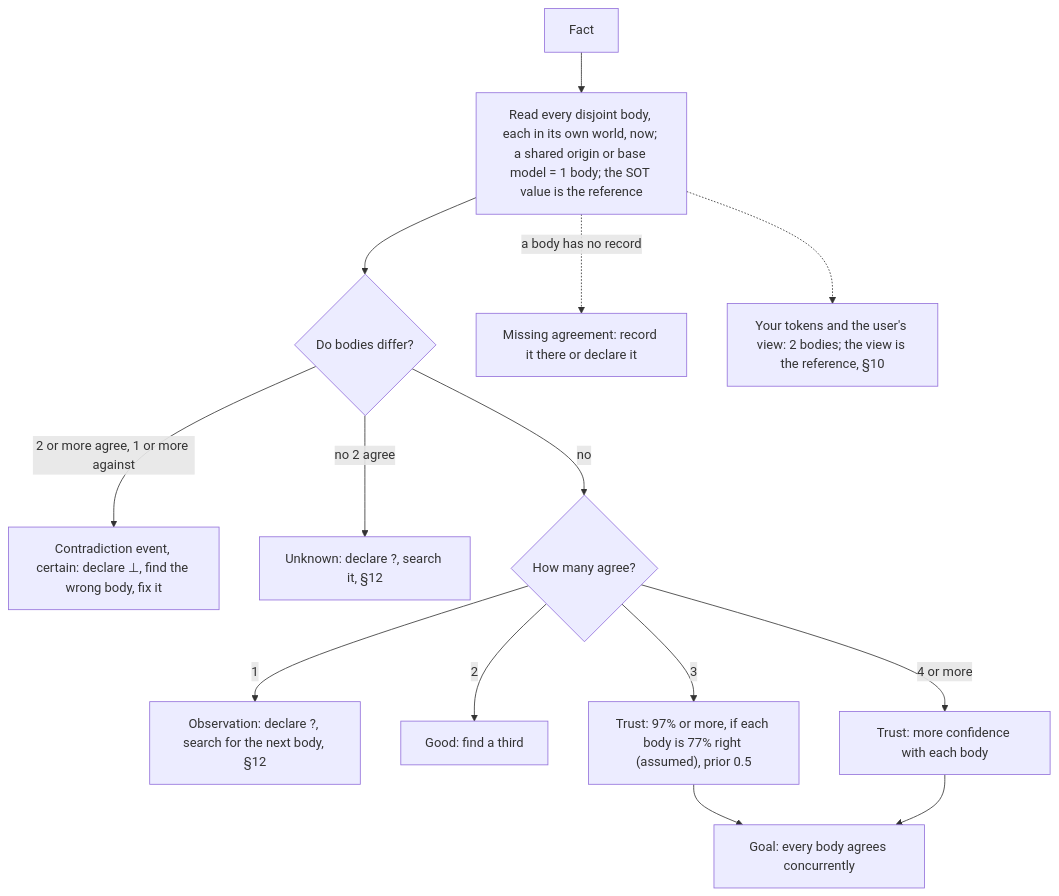
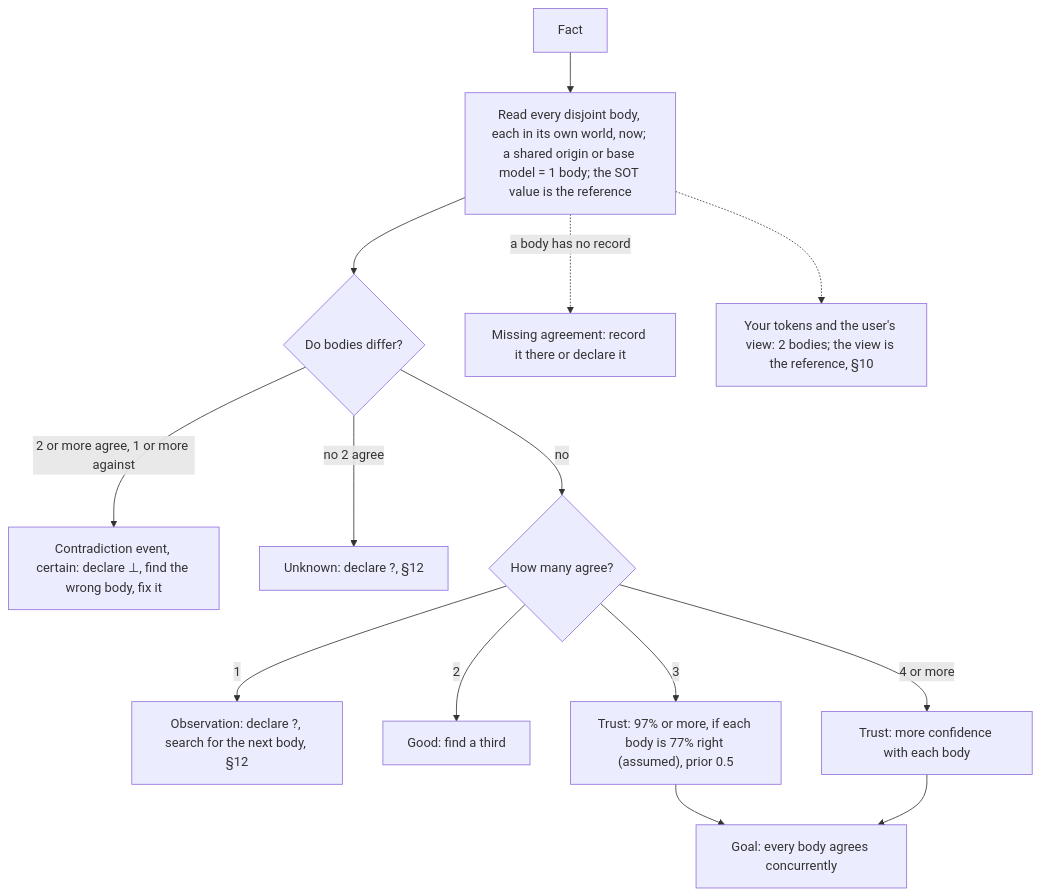
Diagram 14 of 14 in AGENTS.md (SolenixAI/arbiter), drawn with Mermaid before and after one commit. The commit also changed other lines of this file and 1 other file, not shown here.

````diff
--- a/AGENTS.md
+++ b/AGENTS.md
@@ -666,16 +679,16 @@
 ```mermaid
 flowchart TD
   F[Fact] --> B["Read every disjoint body, each in its own world, now; a shared origin or base model = 1 body; the SOT value is the reference"]
   B --> D{Do bodies differ?}
   D -->|2 or more agree, 1 or more against| C["Contradiction event, certain: declare ⊥, find the wrong body, fix it"]
-  D -->|no 2 agree| U["Unknown: declare ?, search it, §12"]
+  D -->|no 2 agree| U["Unknown: declare ?, §12"]
   D -->|no| N{How many agree?}
   N -->|1| O["Observation: declare ?, search for the next body, §12"]
   N -->|2| G[Good: find a third]
   N -->|3| T["Trust: 97% or more, if each body is 77% right (assumed), prior 0.5"]
   N -->|4 or more| M[Trust: more confidence with each body]
   B -.->|a body has no record| Mi[Missing agreement: record it there or declare it]
   B -.-> TP["Your tokens and the user's view: 2 bodies; the view is the reference, §10"]
   T --> Goal[Goal: every body agrees concurrently]
   M --> Goal
 ```
````
